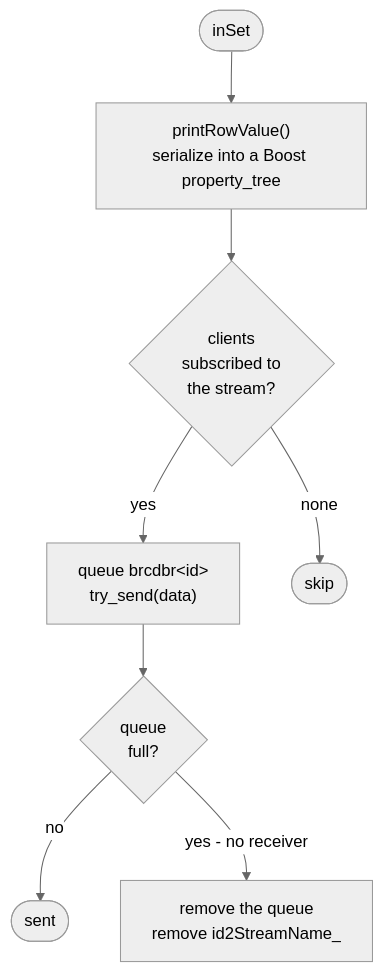
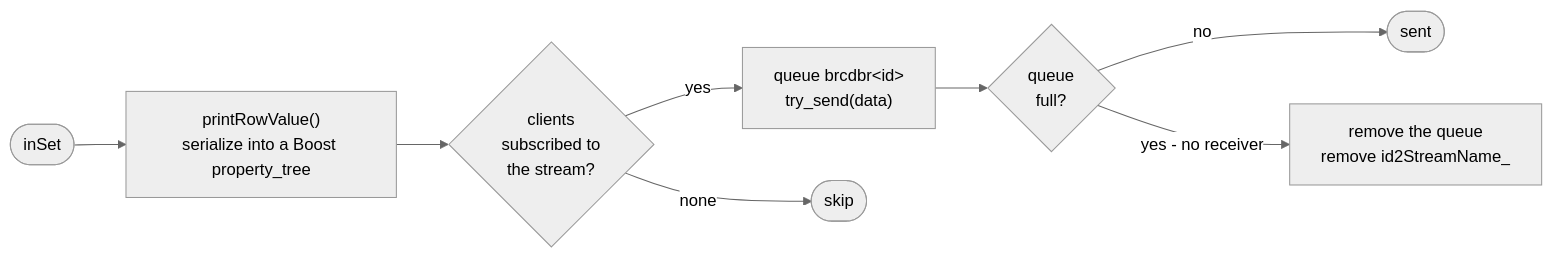
Before and after one commit to michalwidera/documentation-rdb: the fifth of 6 diagrams in query-execution/query-tree-traversal-algorithm.md, drawn with Mermaid (neutral theme). The commit also changed other lines of this file and 11 other files, not shown here.

````diff
--- a/query-execution/query-tree-traversal-algorithm.md
+++ b/query-execution/query-tree-traversal-algorithm.md
@@ -172,12 +172,13 @@
 ```mermaid
-%% pdf-width: 50%
+%% pdf-width: 85%
+%% pdf-height: 45%
 %%{init: {"markdownAutoWrap": false}}%%
-flowchart TB
+flowchart LR
     A([inSet]) --> B["printRowValue()<br/>serialize into a Boost property_tree"]
     B --> C{clients<br/>subscribed to<br/>the stream?}
     C -->|yes| D["queue brcdbr&lt;id&gt;<br/>try_send(data)"]
     D --> E{queue<br/>full?}
     E -->|no| F([sent])
     E -->|yes - no receiver| G["remove the queue<br/>remove id2StreamName_"]
     C -->|none| H([skip])
 ```
````
